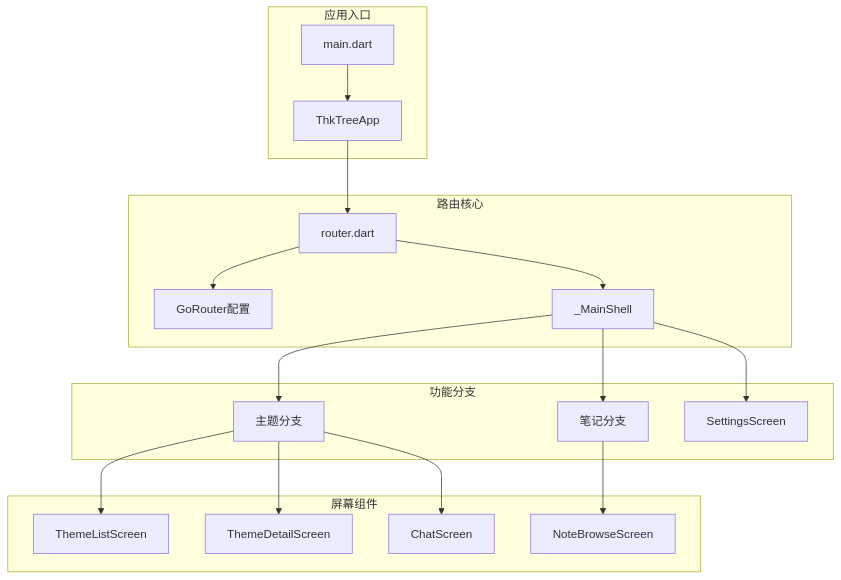
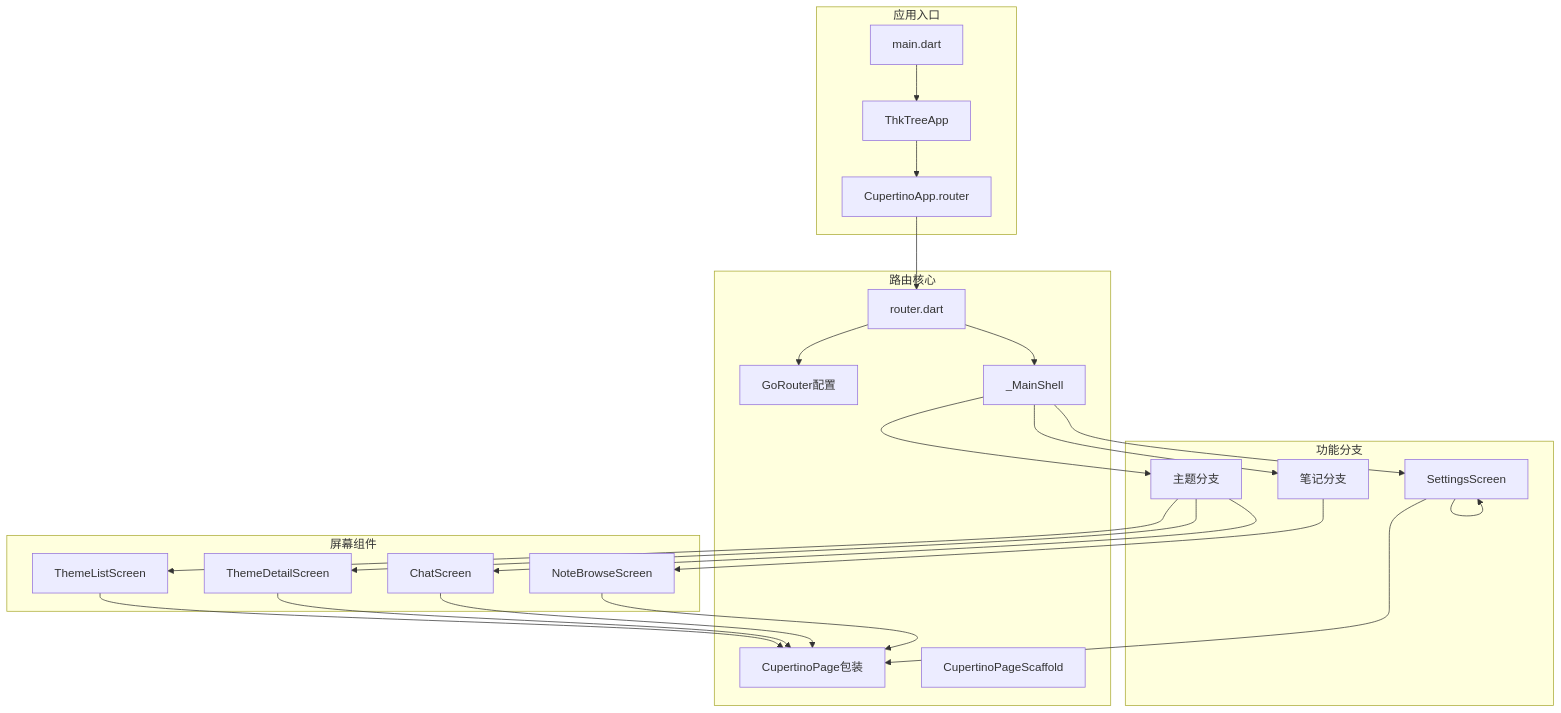
Before and after one commit to Ykworm/thktree: the first of 14 diagrams in .qoder/repowiki/zh/content/架构设计/路由系统设计.md, drawn with Mermaid. The commit also changed other lines of this file and 39 other files, not shown here.

````diff
--- a/.qoder/repowiki/zh/content/架构设计/路由系统设计.md
+++ b/.qoder/repowiki/zh/content/架构设计/路由系统设计.md
@@ -35,35 +46,45 @@
 ```mermaid
 graph TB
 subgraph "应用入口"
 Main[main.dart]
 App[ThkTreeApp]
+CupertinoApp[CupertinoApp.router]
 end
 subgraph "路由核心"
 Router[router.dart]
 GoRouter[GoRouter配置]
 Shell[_MainShell]
+CupertinoPage[CupertinoPage包装]
+CupertinoPageScaffold[CupertinoPageScaffold]
 end
 subgraph "功能分支"
 Themes[主题分支]
 Notes[笔记分支]
 Settings[设置页面]
 end
 subgraph "屏幕组件"
 ThemeList[ThemeListScreen]
 ThemeDetail[ThemeDetailScreen]
 Chat[ChatScreen]
 NoteBrowse[NoteBrowseScreen]
 Settings[SettingsScreen]
 end
 Main --> App
-App --> Router
+App --> CupertinoApp
+CupertinoApp --> Router
 Router --> GoRouter
 Router --> Shell
 Shell --> Themes
 Shell --> Notes
 Shell --> Settings
 Themes --> ThemeList
 Themes --> ThemeDetail
 Themes --> Chat
 Notes --> NoteBrowse
+Settings --> Settings
+ThemeList --> CupertinoPage
+ThemeDetail --> CupertinoPage
+Chat --> CupertinoPage
+NoteBrowse --> CupertinoPage
+Settings --> CupertinoPage
 ```
````
